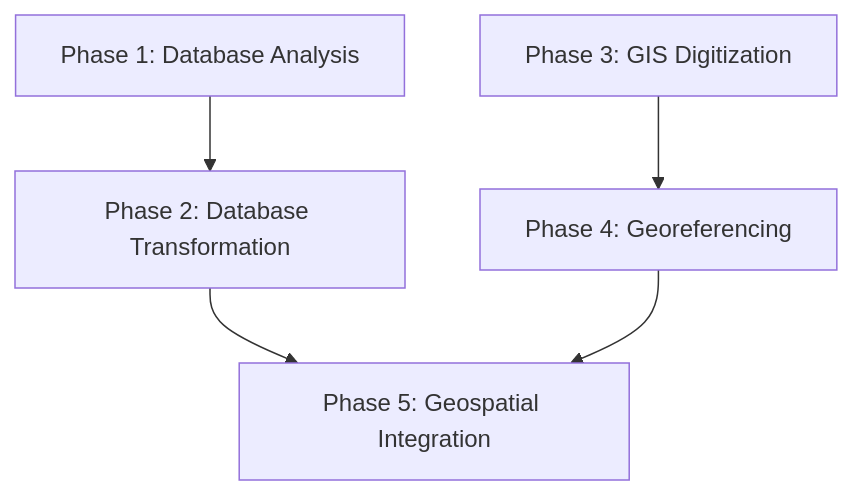
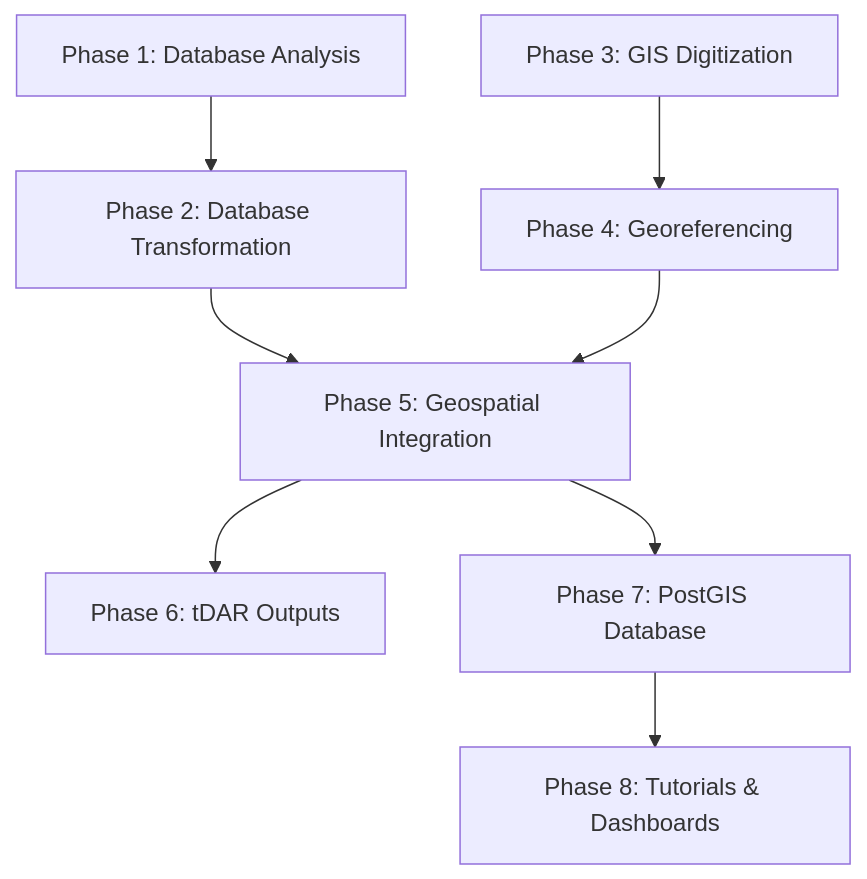
Before and after one commit to rcesaret/DigitalTMP: the diagram in docs/architecture.md, drawn with Mermaid. The commit also changed other lines of this file and 1 other file, not shown here.

Commit message:
Updated architecture and overview docs

````diff
--- a/docs/architecture.md
+++ b/docs/architecture.md
@@ -23,13 +59,19 @@
 ```mermaid
 graph TD
-	Phase1[Phase 1: Database Analysis]
-	Phase2[Phase 2: Database Transformation]
-  Phase3[Phase 3: GIS Digitization]
-  Phase4[Phase 4: Georeferencing]
-  Phase5[Phase 5: Geospatial Integration]
+    Phase1[Phase 1: Database Analysis]
+    Phase2[Phase 2: Database Transformation]
+    Phase3[Phase 3: GIS Digitization]
+    Phase4[Phase 4: Georeferencing]
+    Phase5[Phase 5: Geospatial Integration]
+    Phase6[Phase 6: tDAR Outputs]
+    Phase7[Phase 7: PostGIS Database]
+    Phase8[Phase 8: Tutorials & Dashboards]
 
-  Phase1 --> Phase2
-  Phase3 --> Phase4
-  Phase2 --> Phase5
-  Phase4 --> Phase5
+    Phase1 --> Phase2
+    Phase3 --> Phase4
+    Phase2 --> Phase5
+    Phase4 --> Phase5
+    Phase5 --> Phase6
+    Phase5 --> Phase7
+    Phase7 --> Phase8
 ```
````
